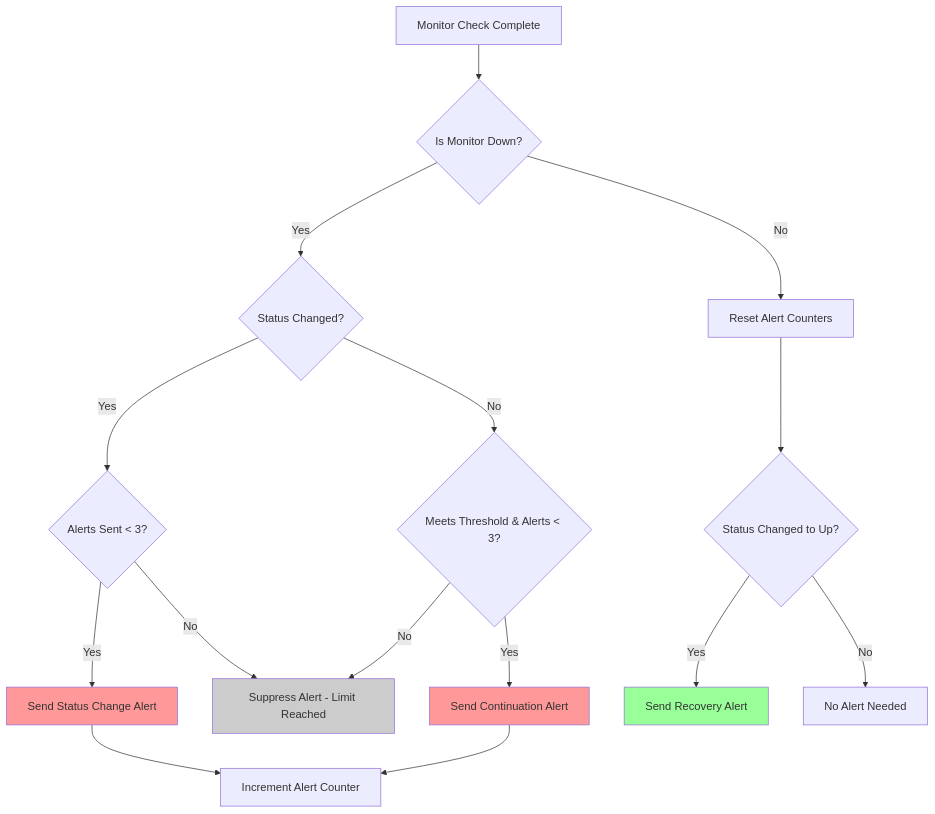
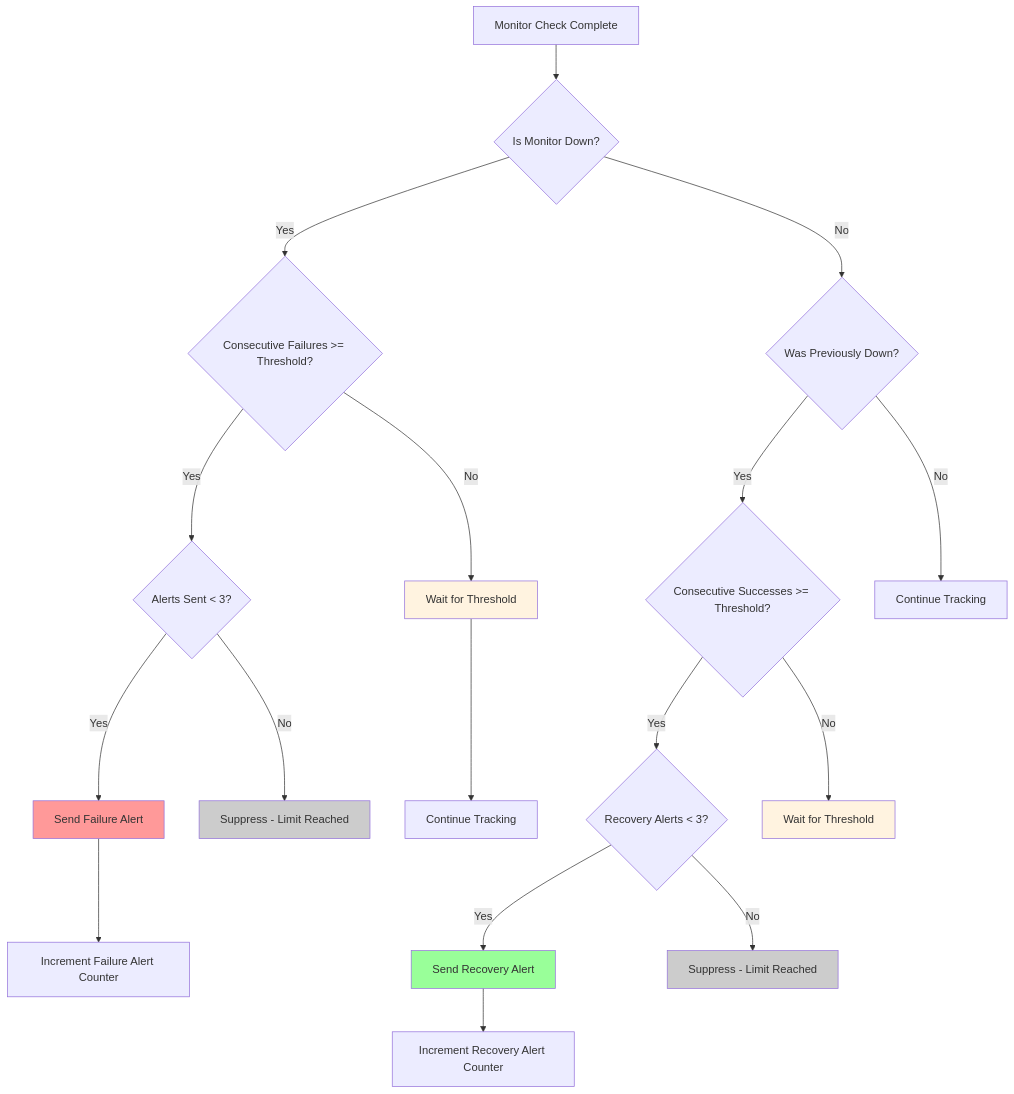
One commit to supercheck-io/supercheck changed diagram 16 of 17 in specs/04-monitoring/MONITORING_SYSTEM.md. Above: the diagram before and after it, drawn with Mermaid. The commit also changed other lines of this file and 16 other files, not shown here.

````diff
--- a/specs/04-monitoring/MONITORING_SYSTEM.md
+++ b/specs/04-monitoring/MONITORING_SYSTEM.md
@@ -1212,27 +1252,34 @@
 ```mermaid
 graph TD
     A[Monitor Check Complete] --> B{Is Monitor Down?}
-    B -->|Yes| C{Status Changed?}
-    B -->|No| D[Reset Alert Counters]
+
+    B -->|Yes| C{Consecutive Failures >= Threshold?}
+    B -->|No| D{Was Previously Down?}
 
     C -->|Yes| E{Alerts Sent < 3?}
-    C -->|No| F{Meets Threshold & Alerts < 3?}
+    C -->|No| F[Wait for Threshold]
 
-    E -->|Yes| G[Send Status Change Alert]
-    E -->|No| H[Suppress Alert - Limit Reached]
+    E -->|Yes| G[Send Failure Alert]
+    E -->|No| H[Suppress - Limit Reached]
 
-    F -->|Yes| I[Send Continuation Alert]
-    F -->|No| H
+    G --> I[Increment Failure Alert Counter]
+    F --> J[Continue Tracking]
 
-    G --> J[Increment Alert Counter]
-    I --> J
+    D -->|Yes| K{Consecutive Successes >= Threshold?}
+    D -->|No| L[Continue Tracking]
 
-    D --> K{Status Changed to Up?}
-    K -->|Yes| L[Send Recovery Alert]
-    K -->|No| M[No Alert Needed]
+    K -->|Yes| M{Recovery Alerts < 3?}
+    K -->|No| N[Wait for Threshold]
+
+    M -->|Yes| O[Send Recovery Alert]
+    M -->|No| P[Suppress - Limit Reached]
+
+    O --> Q[Increment Recovery Alert Counter]
 
     style G fill:#ff9999
-    style I fill:#ff9999
-    style L fill:#99ff99
+    style O fill:#99ff99
     style H fill:#cccccc
+    style P fill:#cccccc
+    style F fill:#fff3e0
+    style N fill:#fff3e0
 ```
````
